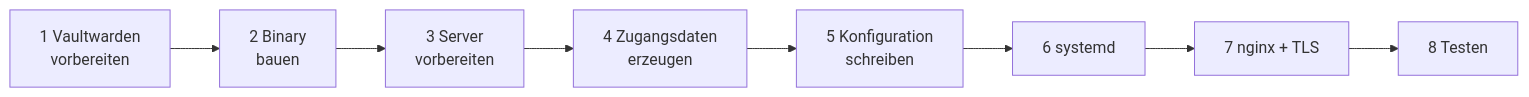
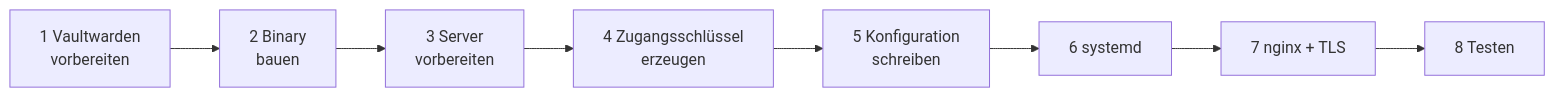
The first of 2 diagrams in SETUP.md (WhiteCoale/vwsync-api), drawn with Mermaid before and after one commit. The commit also changed other lines of this file and 42 other files, not shown here.

````diff
--- a/SETUP.md
+++ b/SETUP.md
@@ -5,10 +27,10 @@
 ```mermaid
 flowchart LR
     A["1 Vaultwarden<br/>vorbereiten"] --> B["2 Binary<br/>bauen"]
     B --> C["3 Server<br/>vorbereiten"]
-    C --> D["4 Zugangsdaten<br/>erzeugen"]
+    C --> D["4 Zugangsschlüssel<br/>erzeugen"]
     D --> E["5 Konfiguration<br/>schreiben"]
     E --> F["6 systemd"]
     F --> G["7 nginx + TLS"]
     G --> H["8 Testen"]
 ```
````
